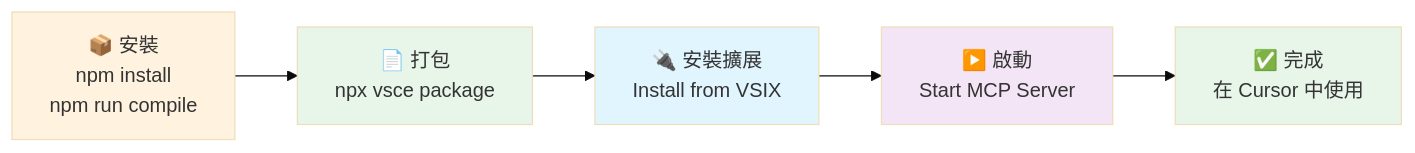
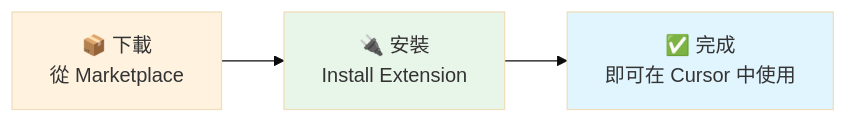
Before and after one commit to louisfghbvc/mcp-vscode-commands: the second of 2 diagrams in README.md, drawn with Mermaid (base theme). The commit also changed other lines of this file and 11 other files, not shown here.

Commit message:
更新 CHANGELOG.md 以記錄 v2.0.0 重大版本，完全遷移至 VS Code 原生 MCP 架構，移除舊的 HTTP/SSE 服務器，新增自動遷移工具及相關命令，並簡化安裝流程為零配置體驗。更新 package.json 以註冊新命令，並重構 extension.ts 以支援遷移檢查與通知功能。

````diff
--- a/README.md
+++ b/README.md
@@ -67,19 +69,12 @@
 ```mermaid
 graph LR
-    A["📦 安裝<br/>npm install<br/>npm run compile"] 
-    B["📄 打包<br/>npx vsce package"]
-    C["🔌 安裝擴展<br/>Install from VSIX"]
-    D["▶️ 啟動<br/>Start MCP Server"]
-    E["✅ 完成<br/>在 Cursor 中使用"]
+    A["📦 下載<br/>從 Marketplace"] 
+    B["🔌 安裝<br/>Install Extension"]
+    C["✅ 完成<br/>即可在 Cursor 中使用"]
     
-    A --> B
-    B --> C
-    C --> D
-    D --> E
+    A --> B --> C
     
     style A fill:#fff3e0
     style B fill:#e8f5e9
     style C fill:#e1f5fe
-    style D fill:#f3e5f5
-    style E fill:#e8f5e9
 ```
````
